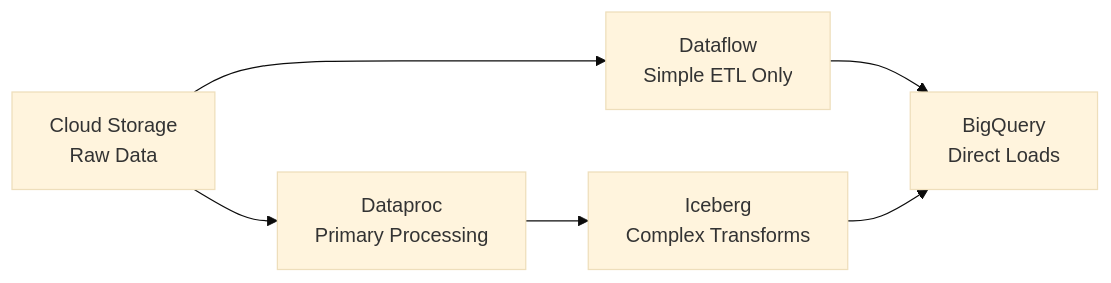
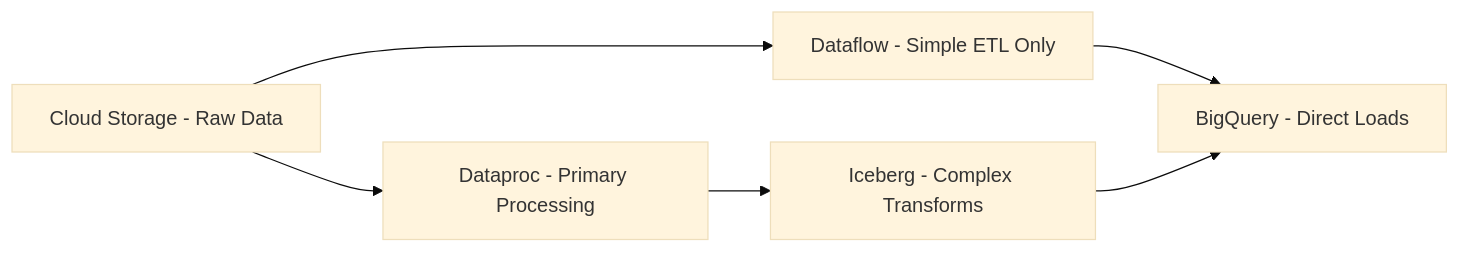
The tenth of 18 diagrams in ARCHITECTURE.md (sitelight/jean-notes), drawn with Mermaid (base theme) before and after one commit. The commit also changed other lines of this file, not shown here.

````diff
--- a/ARCHITECTURE.md
+++ b/ARCHITECTURE.md
@@ -1396,8 +1373,8 @@
 ```mermaid
 graph LR
-    CS[Cloud Storage<br/>Raw Data] --> DP[Dataproc<br/>Primary Processing]
-    CS --> DF[Dataflow<br/>Simple ETL Only]
-    DP --> ICE[Iceberg<br/>Complex Transforms]
-    DF --> BQ[BigQuery<br/>Direct Loads]
+    CS[Cloud Storage - Raw Data] --> DP[Dataproc - Primary Processing]
+    CS --> DF[Dataflow - Simple ETL Only]
+    DP --> ICE[Iceberg - Complex Transforms]
+    DF --> BQ[BigQuery - Direct Loads]
     ICE --> BQ
 ```
````
